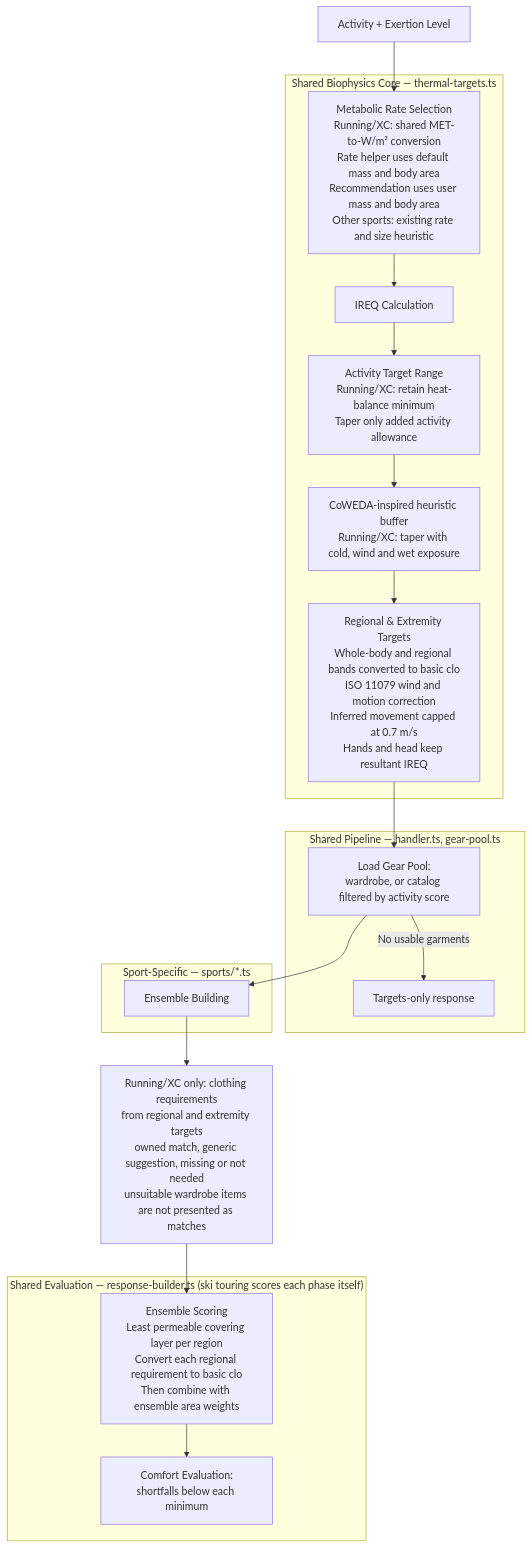
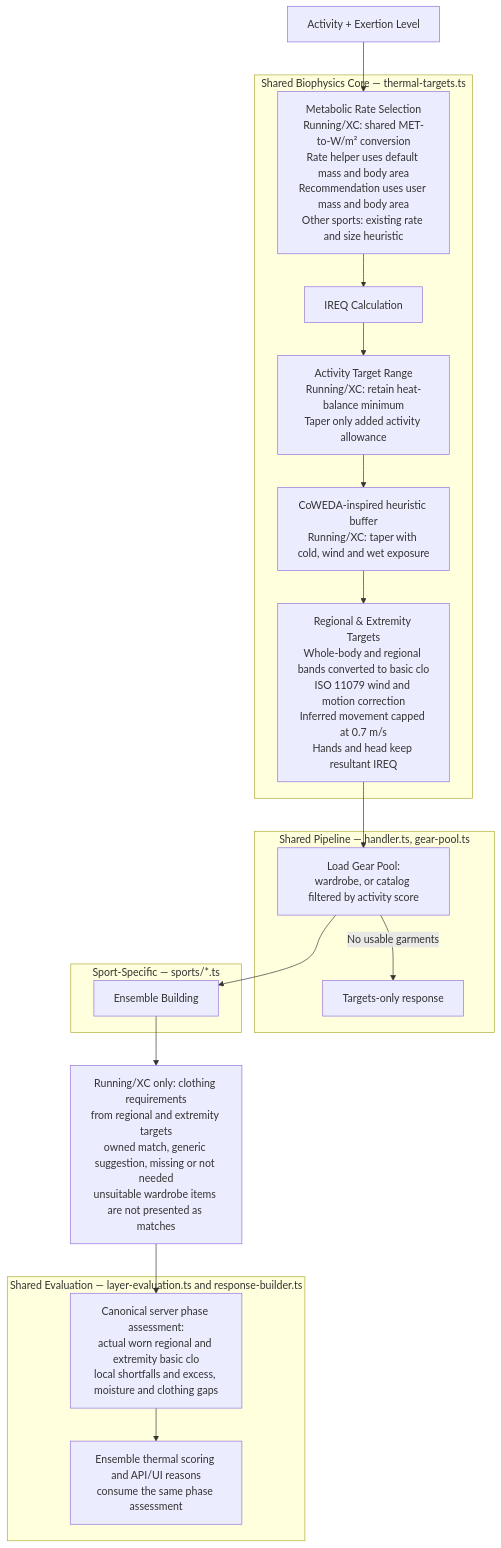
The first of 7 diagrams in README.md (derobertsw/swttr), drawn with Mermaid before and after one commit. The commit also changed other lines of this file and 27 other files, not shown here.

First line of the commit message:
Unify outfit comfort assessment, warnings, and edit guidance (#250) (#352)

````diff
--- a/README.md
+++ b/README.md
@@ -50,36 +50,36 @@
 ```mermaid
 graph TD
     A[Activity + Exertion Level] --> B[Metabolic Rate Selection<br/>Running/XC: shared MET-to-W/m² conversion<br/>Rate helper uses default mass and body area<br/>Recommendation uses user mass and body area<br/>Other sports: existing rate and size heuristic]
     B --> C[IREQ Calculation]
     C --> D[Activity Target Range<br/>Running/XC: retain heat-balance minimum<br/>Taper only added activity allowance]
     D --> E[CoWEDA-inspired heuristic buffer<br/>Running/XC: taper with cold, wind and wet exposure]
     E --> F[Regional & Extremity Targets<br/>Whole-body and regional bands converted to basic clo<br/>ISO 11079 wind and motion correction<br/>Inferred movement capped at 0.7 m/s<br/>Hands and head keep resultant IREQ]
     F --> P[Load Gear Pool:<br/>wardrobe, or catalog filtered by activity score]
     P -->|No usable garments| T[Targets-only response]
     P --> G[Ensemble Building]
     G --> R[Running/XC only: clothing requirements<br/>from regional and extremity targets<br/>owned match, generic suggestion, missing or not needed<br/>unsuitable wardrobe items are not presented as matches]
-    R --> H[Ensemble Scoring<br/>Least permeable covering layer per region<br/>Convert each regional requirement to basic clo<br/>Then combine with ensemble area weights]
-    H --> I[Comfort Evaluation:<br/>shortfalls below each minimum]
+    R --> I[Canonical server phase assessment:<br/>actual worn regional and extremity basic clo<br/>local shortfalls and excess, moisture and clothing gaps]
+    I --> H[Ensemble thermal scoring and API/UI reasons<br/>consume the same phase assessment]
 
     subgraph "Shared Biophysics Core — thermal-targets.ts"
         B
         C
         D
         E
         F
     end
 
     subgraph "Shared Pipeline — handler.ts, gear-pool.ts"
         P
         T
     end
 
     subgraph "Sport-Specific — sports/*.ts"
         G
     end
 
-    subgraph "Shared Evaluation — response-builder.ts (ski touring scores each phase itself)"
+    subgraph "Shared Evaluation — layer-evaluation.ts and response-builder.ts"
         H
         I
     end
 ```
````
